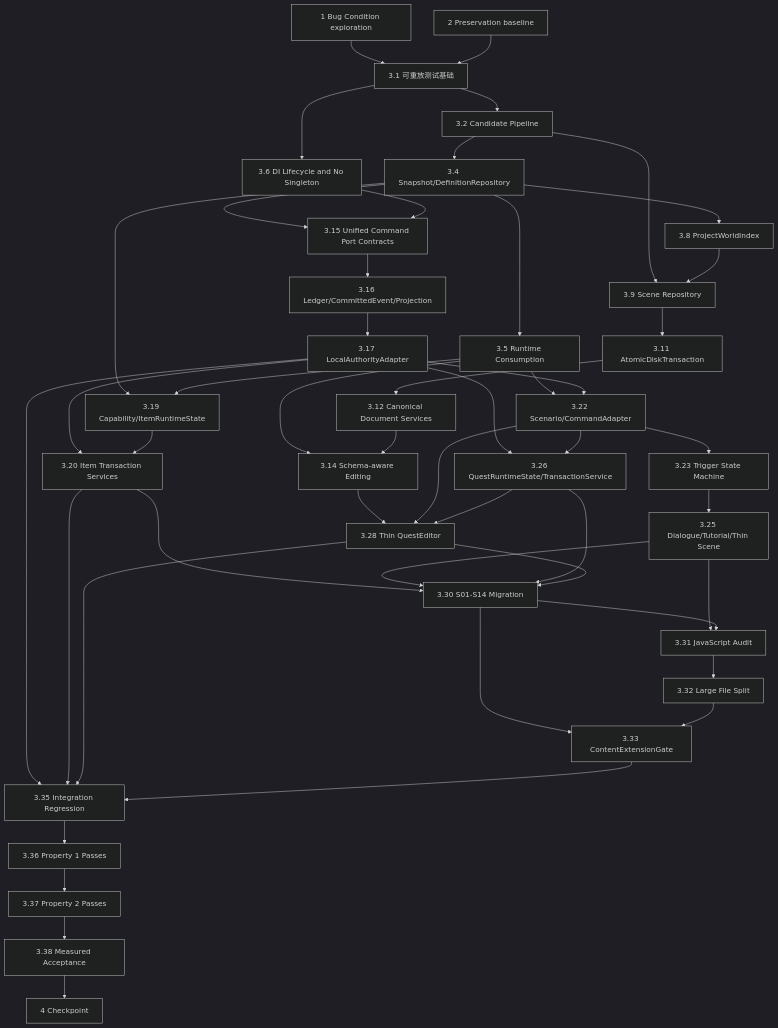
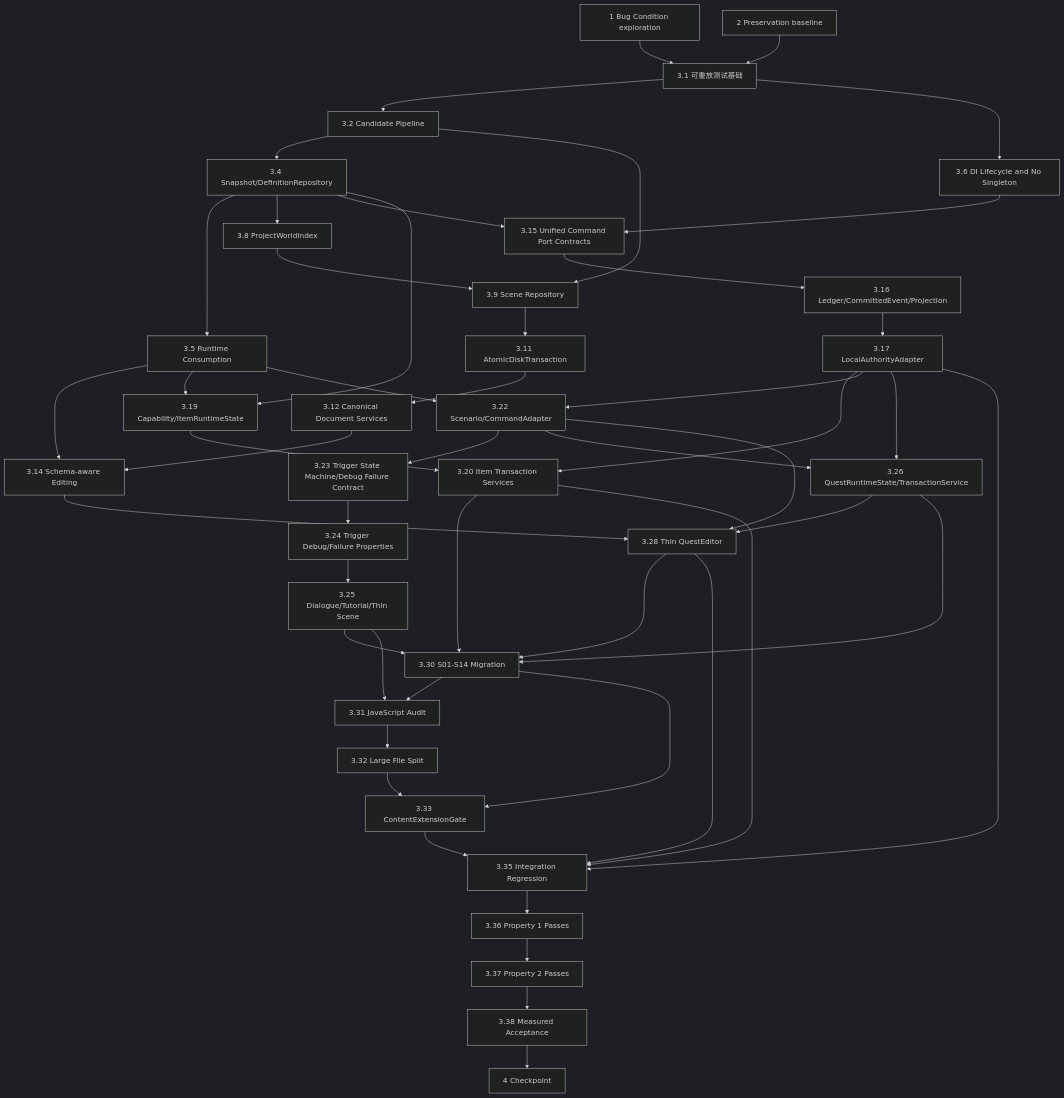
The diagram in .kiro/specs/game-editor-data-driven-architecture-fix/tasks.md (beiliwenxiao/h5game), drawn with Mermaid (dark theme) before and after one commit. The commit also changed other lines of this file and 169 other files, not shown here.

````diff
--- a/.kiro/specs/game-editor-data-driven-architecture-fix/tasks.md
+++ b/.kiro/specs/game-editor-data-driven-architecture-fix/tasks.md
@@ -9,50 +9,51 @@
 ```mermaid
 graph TD
   T1[1 Bug Condition exploration] --> T31[3.1 可重放测试基础]
   T2[2 Preservation baseline] --> T31
   T31 --> T32[3.2 Candidate Pipeline]
   T32 --> T34[3.4 Snapshot/DefinitionRepository]
   T34 --> T35[3.5 Runtime Consumption]
   T31 --> T36[3.6 DI Lifecycle and No Singleton]
   T34 --> T38[3.8 ProjectWorldIndex]
   T32 --> T39[3.9 Scene Repository]
   T38 --> T39
   T39 --> T311[3.11 AtomicDiskTransaction]
   T311 --> T312[3.12 Canonical Document Services]
   T35 --> T314[3.14 Schema-aware Editing]
   T312 --> T314
   T34 --> T315[3.15 Unified Command Port Contracts]
   T36 --> T315
   T315 --> T316[3.16 Ledger/CommittedEvent/Projection]
   T316 --> T317[3.17 LocalAuthorityAdapter]
   T34 --> T319[3.19 Capability/ItemRuntimeState]
   T35 --> T319
   T317 --> T320[3.20 Item Transaction Services]
   T319 --> T320
   T35 --> T322[3.22 Scenario/CommandAdapter]
   T317 --> T322
-  T322 --> T323[3.23 Trigger State Machine]
-  T323 --> T325[3.25 Dialogue/Tutorial/Thin Scene]
+  T322 --> T323[3.23 Trigger State Machine/Debug Failure Contract]
+  T323 --> T324[3.24 Trigger Debug/Failure Properties]
+  T324 --> T325[3.25 Dialogue/Tutorial/Thin Scene]
   T317 --> T326[3.26 QuestRuntimeState/TransactionService]
   T322 --> T326
   T314 --> T328[3.28 Thin QuestEditor]
   T322 --> T328
   T326 --> T328
   T320 --> T330[3.30 S01-S14 Migration]
   T325 --> T330
   T326 --> T330
   T328 --> T330
   T325 --> T331[3.31 JavaScript Audit]
   T330 --> T331
   T331 --> T332[3.32 Large File Split]
   T330 --> T333[3.33 ContentExtensionGate]
   T332 --> T333
   T317 --> T335[3.35 Integration Regression]
   T320 --> T335
   T328 --> T335
   T333 --> T335
   T335 --> T336[3.36 Property 1 Passes]
   T336 --> T337[3.37 Property 2 Passes]
   T337 --> T338[3.38 Measured Acceptance]
   T338 --> T4[4 Checkpoint]
 ```
````
